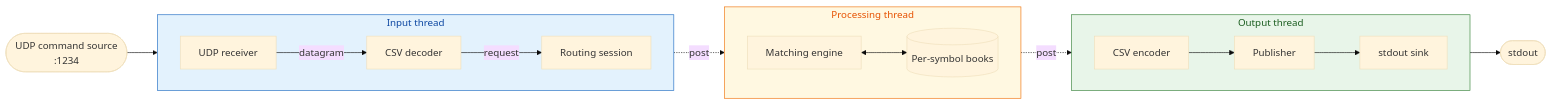
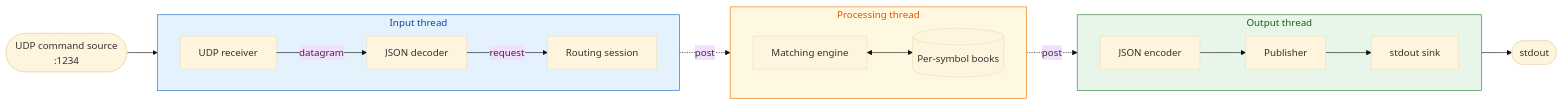
One commit to indiosmo/cpp-demo-build changed the diagram in README.md. Above: the diagram before and after it, drawn with Mermaid (base theme). The commit also changed other lines of this file and 115 other files, not shown here.

````diff
--- a/README.md
+++ b/README.md
@@ -17,36 +17,36 @@
 ```mermaid
 flowchart LR
   client([UDP command source<br/>:1234]) --> udp
 
   subgraph input_thread[Input thread]
     direction LR
     udp[UDP receiver]
-    decoder[CSV decoder]
+    decoder[JSON decoder]
     session[Routing session]
     udp -->|datagram| decoder
     decoder -->|request| session
   end
 
   subgraph processing_thread[Processing thread]
     direction LR
     engine[Matching engine]
     books[(Per-symbol books)]
     engine <--> books
   end
 
   subgraph output_thread[Output thread]
     direction LR
-    encoder[CSV encoder]
+    encoder[JSON encoder]
     publisher[Publisher]
     sink[stdout sink]
     encoder --> publisher --> sink
   end
 
   session -. post .-> engine
   engine -. post .-> encoder
   sink --> out([stdout])
 
   style input_thread fill:#e3f2fd,stroke:#1565c0,color:#0d47a1
   style processing_thread fill:#fff8e1,stroke:#ef6c00,color:#e65100
   style output_thread fill:#e8f5e9,stroke:#2e7d32,color:#1b5e20
 ```
````
